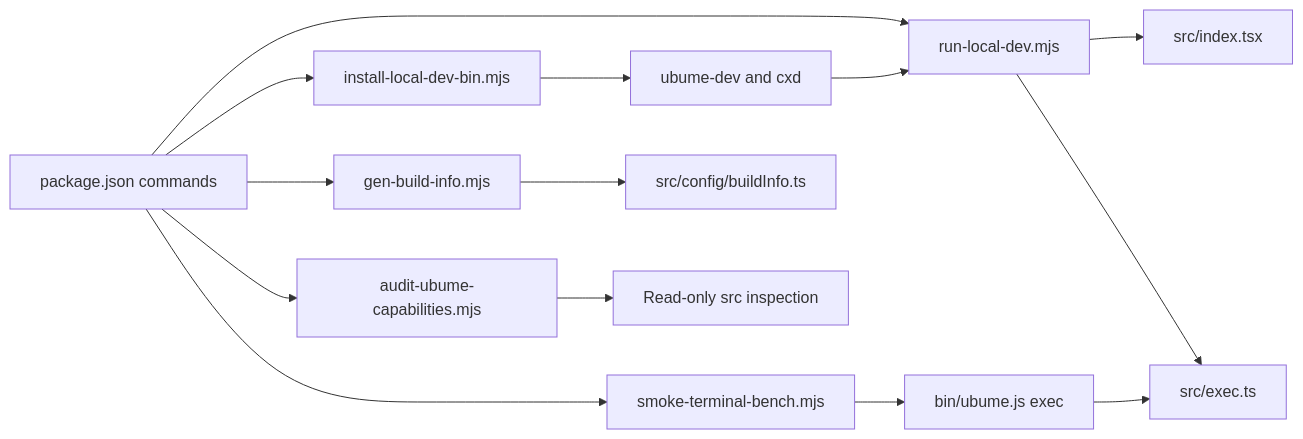
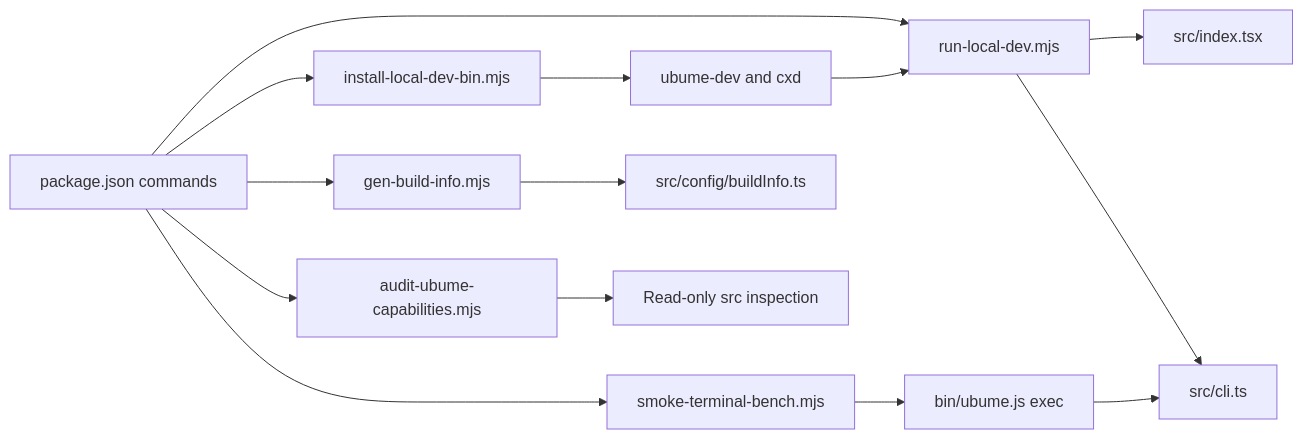
One commit to golba98/Codexa changed the first of 9 diagrams in docs/ARCHITECTURE.md. Above: the diagram before and after it, drawn with Mermaid. The commit also changed other lines of this file and 7 other files, not shown here.

First line of the commit message:
fix(dev): run headless dev launches through src/cli.ts

````diff
--- a/docs/ARCHITECTURE.md
+++ b/docs/ARCHITECTURE.md
@@ -34,17 +34,17 @@
 ```mermaid
 flowchart LR
   Package[package.json commands] --> Dev[run-local-dev.mjs]
   Package --> Install[install-local-dev-bin.mjs]
   Package --> Build[gen-build-info.mjs]
   Package --> Audit[audit-ubume-capabilities.mjs]
   Package --> Smoke[smoke-terminal-bench.mjs]
 
   Install --> Shims[ubume-dev and cxd]
   Shims --> Dev
   Dev --> Interactive[src/index.tsx]
-  Dev --> Headless[src/exec.ts]
+  Dev --> Headless[src/cli.ts]
   Build --> BuildInfo[src/config/buildInfo.ts]
   Audit --> Source[Read-only src inspection]
   Smoke --> Launcher[bin/ubume.js exec]
   Launcher --> Headless
 ```
````
